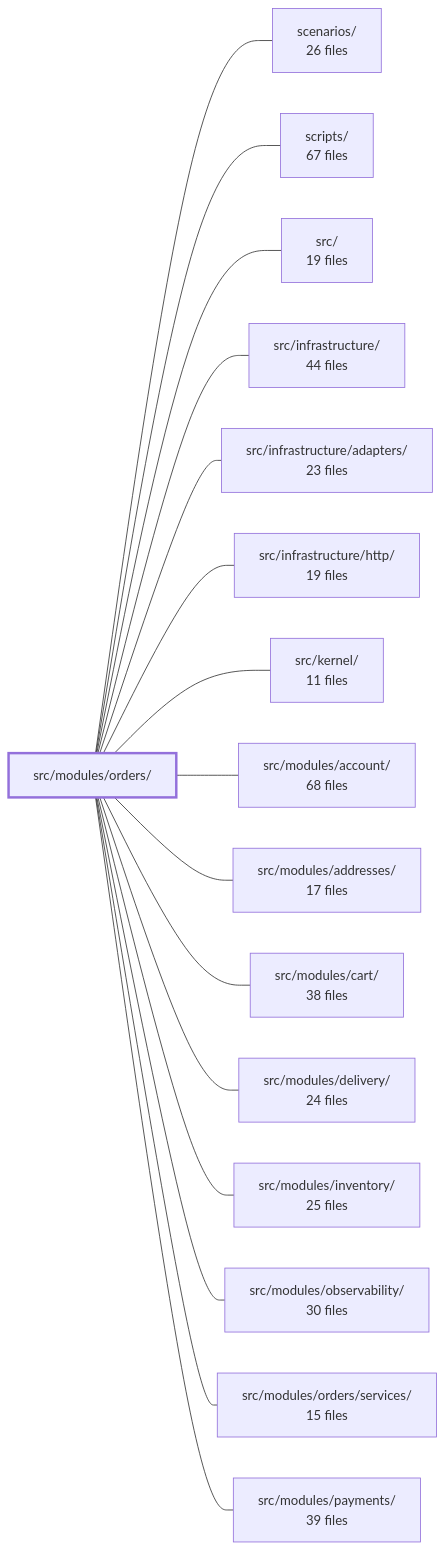
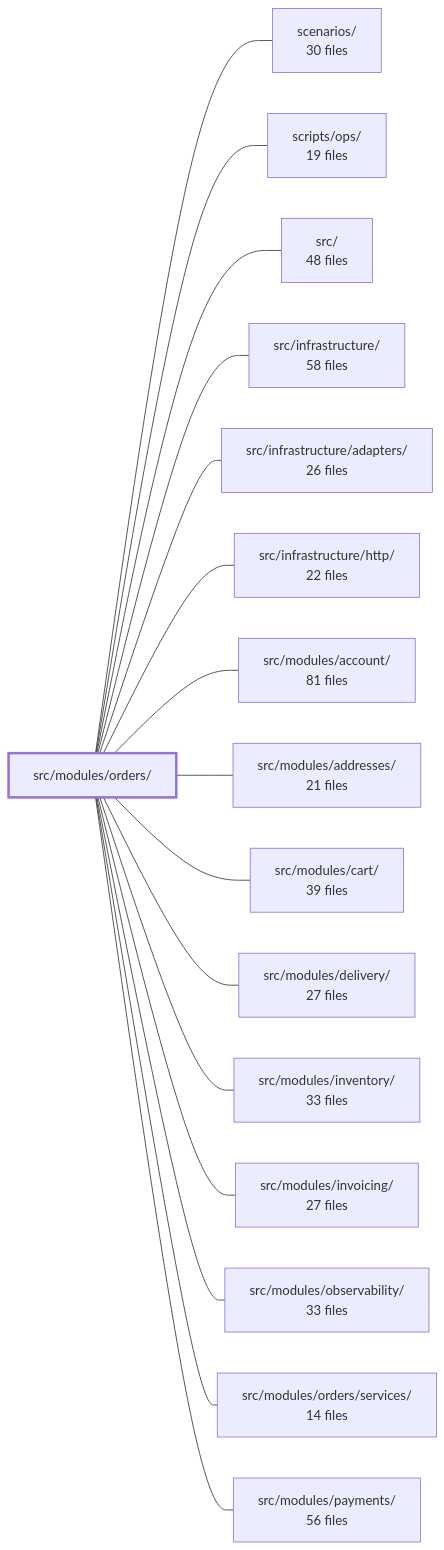
One commit to Guebbit/boilerplate-node-backend changed the diagram in .2brain/modules/boilerplate-node-backend_src_modules_orders.md. Above: the diagram before and after it, drawn with Mermaid. The commit also changed other lines of this file and 187 other files, not shown here.

````diff
--- a/.2brain/modules/boilerplate-node-backend_src_modules_orders.md
+++ b/.2brain/modules/boilerplate-node-backend_src_modules_orders.md
@@ -45,35 +47,35 @@
 ```mermaid
 flowchart LR
     m_src_modules_orders["src/modules/orders/"]
-    m_scenarios["scenarios/<br/>26 files"]
-    m_scripts["scripts/<br/>67 files"]
-    m_src["src/<br/>19 files"]
-    m_src_infrastructure["src/infrastructure/<br/>44 files"]
-    m_src_infrastructure_adapters["src/infrastructure/adapters/<br/>23 files"]
-    m_src_infrastructure_http["src/infrastructure/http/<br/>19 files"]
-    m_src_kernel["src/kernel/<br/>11 files"]
-    m_src_modules_account["src/modules/account/<br/>68 files"]
-    m_src_modules_addresses["src/modules/addresses/<br/>17 files"]
-    m_src_modules_cart["src/modules/cart/<br/>38 files"]
-    m_src_modules_delivery["src/modules/delivery/<br/>24 files"]
-    m_src_modules_inventory["src/modules/inventory/<br/>25 files"]
-    m_src_modules_observability["src/modules/observability/<br/>30 files"]
-    m_src_modules_orders_services["src/modules/orders/services/<br/>15 files"]
-    m_src_modules_payments["src/modules/payments/<br/>39 files"]
+    m_scenarios["scenarios/<br/>30 files"]
+    m_scripts_ops["scripts/ops/<br/>19 files"]
+    m_src["src/<br/>48 files"]
+    m_src_infrastructure["src/infrastructure/<br/>58 files"]
+    m_src_infrastructure_adapters["src/infrastructure/adapters/<br/>26 files"]
+    m_src_infrastructure_http["src/infrastructure/http/<br/>22 files"]
+    m_src_modules_account["src/modules/account/<br/>81 files"]
+    m_src_modules_addresses["src/modules/addresses/<br/>21 files"]
+    m_src_modules_cart["src/modules/cart/<br/>39 files"]
+    m_src_modules_delivery["src/modules/delivery/<br/>27 files"]
+    m_src_modules_inventory["src/modules/inventory/<br/>33 files"]
+    m_src_modules_invoicing["src/modules/invoicing/<br/>27 files"]
+    m_src_modules_observability["src/modules/observability/<br/>33 files"]
+    m_src_modules_orders_services["src/modules/orders/services/<br/>14 files"]
+    m_src_modules_payments["src/modules/payments/<br/>56 files"]
     m_src_modules_orders --- m_scenarios
-    m_src_modules_orders --- m_scripts
+    m_src_modules_orders --- m_scripts_ops
     m_src_modules_orders --- m_src
     m_src_modules_orders --- m_src_infrastructure
     m_src_modules_orders --- m_src_infrastructure_adapters
     m_src_modules_orders --- m_src_infrastructure_http
-    m_src_modules_orders --- m_src_kernel
     m_src_modules_orders --- m_src_modules_account
     m_src_modules_orders --- m_src_modules_addresses
     m_src_modules_orders --- m_src_modules_cart
     m_src_modules_orders --- m_src_modules_delivery
     m_src_modules_orders --- m_src_modules_inventory
+    m_src_modules_orders --- m_src_modules_invoicing
     m_src_modules_orders --- m_src_modules_observability
     m_src_modules_orders --- m_src_modules_orders_services
     m_src_modules_orders --- m_src_modules_payments
     style m_src_modules_orders stroke-width:3px
 ```
````
